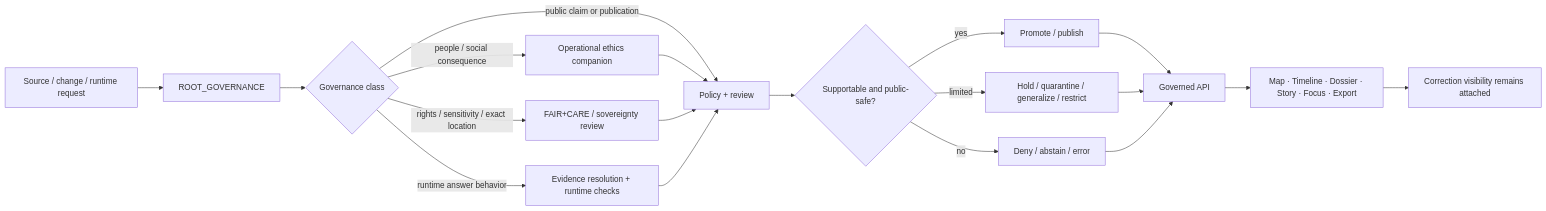
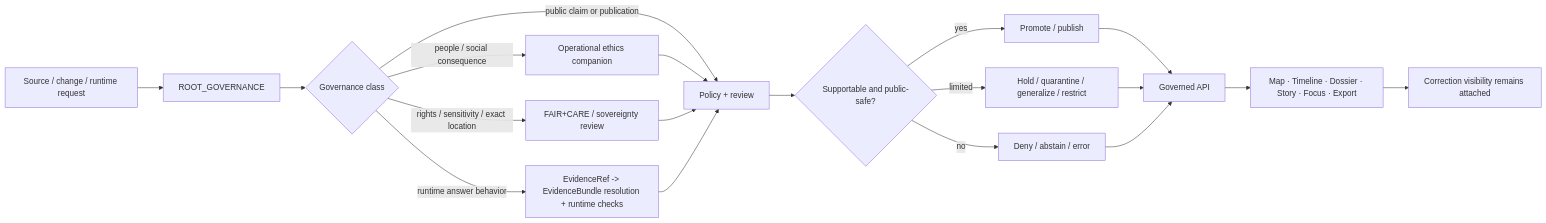
One commit to bartytime4life/Kansas-Frontier-Matrix changed the diagram in docs/standards/governance/ROOT_GOVERNANCE.md. Above: the diagram before and after it, drawn with Mermaid. The commit also changed other lines of this file, not shown here.

````diff
--- a/docs/standards/governance/ROOT_GOVERNANCE.md
+++ b/docs/standards/governance/ROOT_GOVERNANCE.md
@@ -234,26 +315,26 @@
 ```mermaid
 flowchart LR
     A[Source / change / runtime request] --> B[ROOT_GOVERNANCE]
     B --> C{Governance class}
     C -->|public claim or publication| D[Policy + review]
     C -->|people / social consequence| E[Operational ethics companion]
     C -->|rights / sensitivity / exact location| F[FAIR+CARE / sovereignty review]
-    C -->|runtime answer behavior| G[Evidence resolution + runtime checks]
+    C -->|runtime answer behavior| G[EvidenceRef -> EvidenceBundle resolution + runtime checks]
 
     E --> D
     F --> D
     G --> D
 
     D --> H{Supportable and public-safe?}
 
     H -->|yes| I[Promote / publish]
     H -->|limited| J[Hold / quarantine / generalize / restrict]
     H -->|no| K[Deny / abstain / error]
 
     I --> L[Governed API]
     J --> L
     K --> L
 
     L --> M[Map · Timeline · Dossier · Story · Focus · Export]
     M --> N[Correction visibility remains attached]
 ```
````
